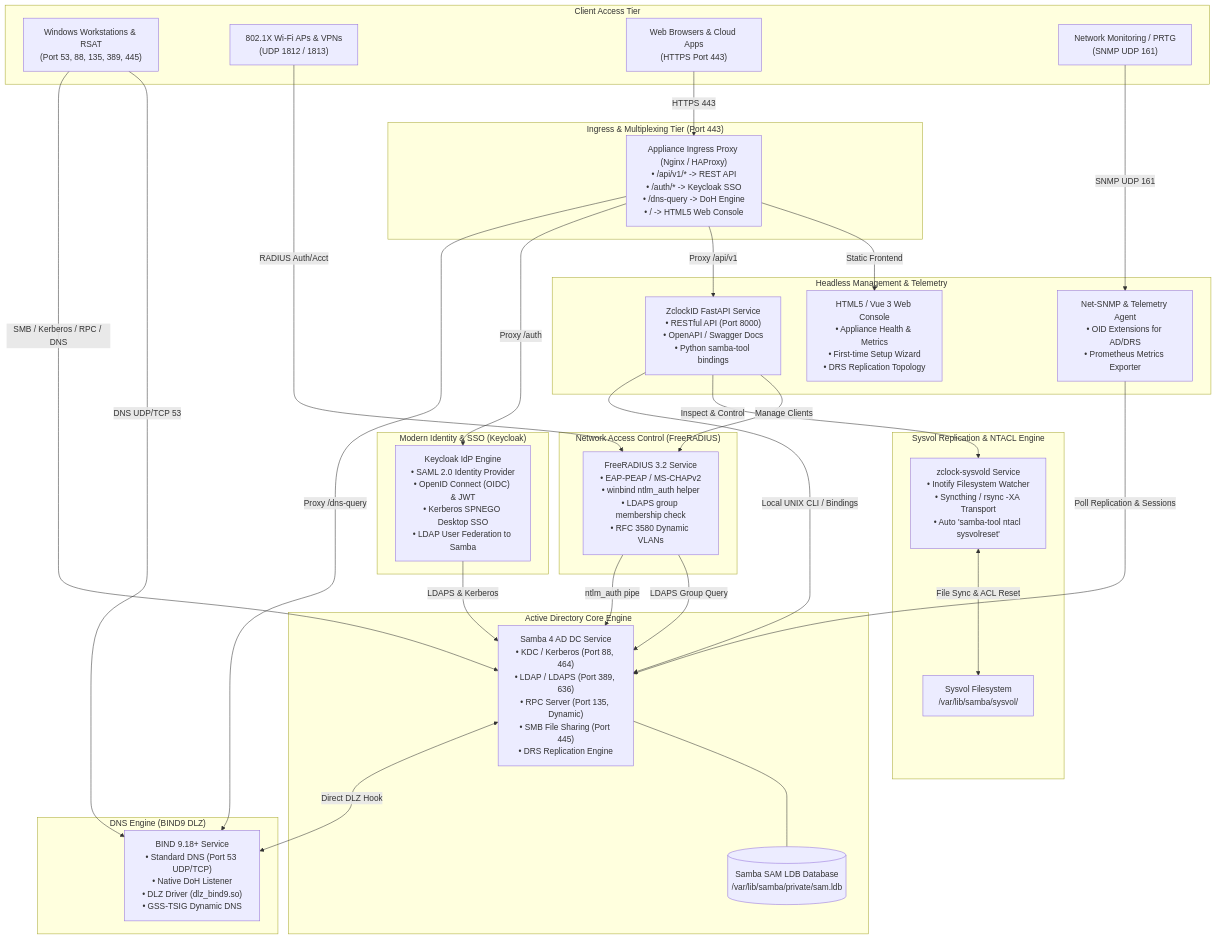
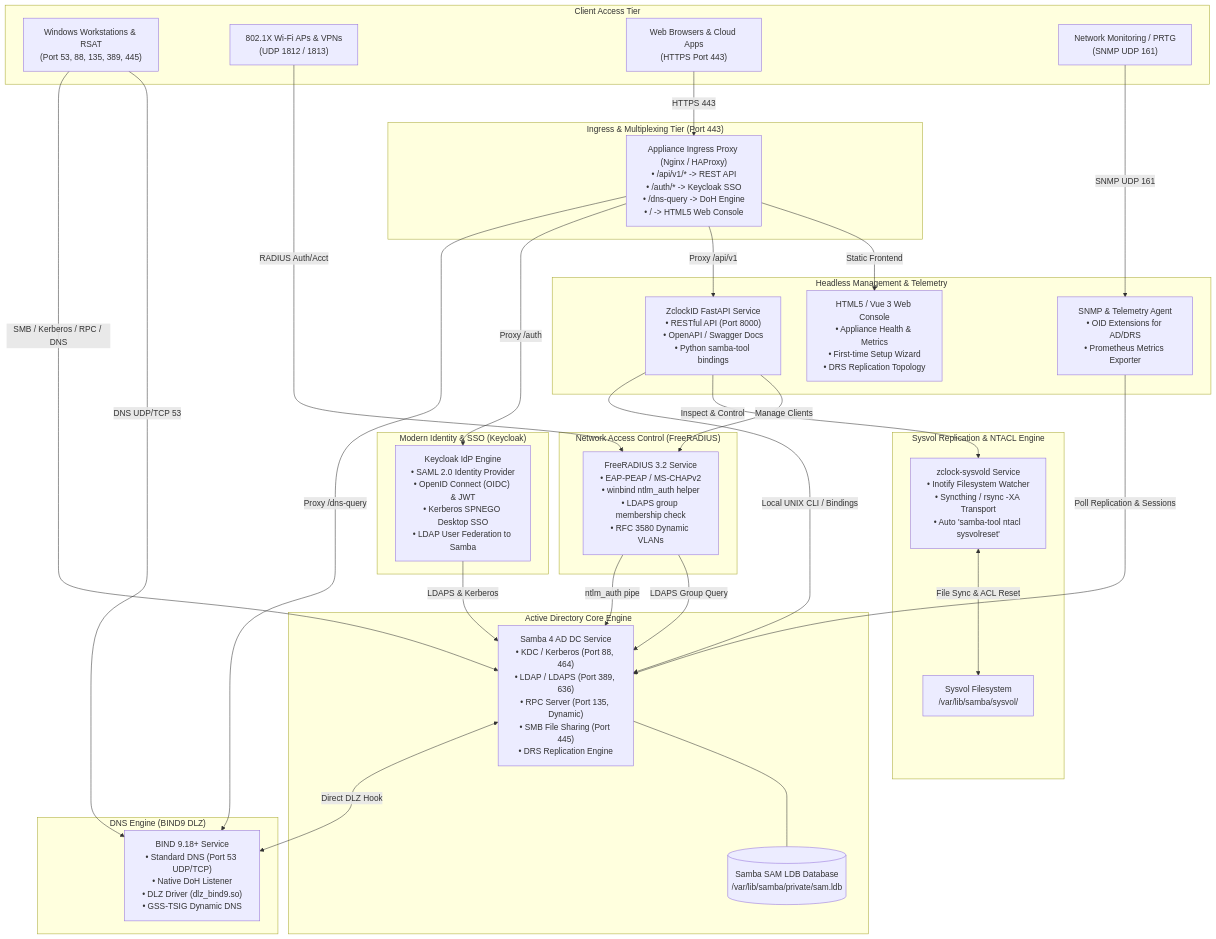
The first of 4 diagrams in docs/ARCHITECTURE.md (atanumaj/zclockid), drawn with Mermaid before and after one commit. The commit also changed other lines of this file and 12 other files, not shown here.

Commit message:
refactor: update Keycloak guide label, rename Net-SNMP to SNMP, and simplify Sysvol Replication title

````diff
--- a/docs/ARCHITECTURE.md
+++ b/docs/ARCHITECTURE.md
@@ -7,66 +7,66 @@
 ```mermaid
 flowchart TD
     subgraph Client_Access["Client Access Tier"]
         WinClient["Windows Workstations & RSAT\n(Port 53, 88, 135, 389, 445)"]
         WiFiClient["802.1X Wi-Fi APs & VPNs\n(UDP 1812 / 1813)"]
         WebClient["Web Browsers & Cloud Apps\n(HTTPS Port 443)"]
         NMSClient["Network Monitoring / PRTG\n(SNMP UDP 161)"]
     end
 
     subgraph Ingress_Layer["Ingress & Multiplexing Tier (Port 443)"]
         Proxy["Appliance Ingress Proxy (Nginx / HAProxy)\n• /api/v1/* -> REST API\n• /auth/* -> Keycloak SSO\n• /dns-query -> DoH Engine\n• / -> HTML5 Web Console"]
     end
 
     subgraph Core_Directory["Active Directory Core Engine"]
         SambaDC["Samba 4 AD DC Service\n• KDC / Kerberos (Port 88, 464)\n• LDAP / LDAPS (Port 389, 636)\n• RPC Server (Port 135, Dynamic)\n• SMB File Sharing (Port 445)\n• DRS Replication Engine"]
         SamLDB[("Samba SAM LDB Database\n/var/lib/samba/private/sam.ldb")]
     end
 
     subgraph DNS_Subsystem["DNS Engine (BIND9 DLZ)"]
         BIND9["BIND 9.18+ Service\n• Standard DNS (Port 53 UDP/TCP)\n• Native DoH Listener\n• DLZ Driver (dlz_bind9.so)\n• GSS-TSIG Dynamic DNS"]
     end
 
     subgraph Network_Access["Network Access Control (FreeRADIUS)"]
         FR3["FreeRADIUS 3.2 Service\n• EAP-PEAP / MS-CHAPv2\n• winbind ntlm_auth helper\n• LDAPS group membership check\n• RFC 3580 Dynamic VLANs"]
     end
 
     subgraph Sysvol_Engine["Sysvol Replication & NTACL Engine"]
         SysvolFS["Sysvol Filesystem\n/var/lib/samba/sysvol/"]
         SysvolDaemon["zclock-sysvold Service\n• Inotify Filesystem Watcher\n• Syncthing / rsync -XA Transport\n• Auto 'samba-tool ntacl sysvolreset'"]
     end
 
     subgraph Identity_SSO["Modern Identity & SSO (Keycloak)"]
         KC["Keycloak IdP Engine\n• SAML 2.0 Identity Provider\n• OpenID Connect (OIDC) & JWT\n• Kerberos SPNEGO Desktop SSO\n• LDAP User Federation to Samba"]
     end
 
     subgraph Management_API["Headless Management & Telemetry"]
         API["ZclockID FastAPI Service\n• RESTful API (Port 8000)\n• OpenAPI / Swagger Docs\n• Python samba-tool bindings"]
         GUI["HTML5 / Vue 3 Web Console\n• Appliance Health & Metrics\n• First-time Setup Wizard\n• DRS Replication Topology"]
-        SNMP["Net-SNMP & Telemetry Agent\n• OID Extensions for AD/DRS\n• Prometheus Metrics Exporter"]
+        SNMP["SNMP & Telemetry Agent\n• OID Extensions for AD/DRS\n• Prometheus Metrics Exporter"]
     end
 
     %% Client Connections
     WinClient -->|SMB / Kerberos / RPC / DNS| SambaDC
     WinClient -->|DNS UDP/TCP 53| BIND9
     WiFiClient -->|RADIUS Auth/Acct| FR3
     WebClient -->|HTTPS 443| Proxy
     NMSClient -->|SNMP UDP 161| SNMP
 
     %% Ingress Proxy Routing
     Proxy -->|Proxy /dns-query| BIND9
     Proxy -->|Proxy /auth| KC
     Proxy -->|Proxy /api/v1| API
     Proxy -->|Static Frontend| GUI
 
     %% Internal Interconnections
     SambaDC <-->|Direct DLZ Hook| BIND9
     SambaDC --- SamLDB
     FR3 -->|ntlm_auth pipe| SambaDC
     FR3 -->|LDAPS Group Query| SambaDC
     KC -->|LDAPS & Kerberos| SambaDC
     SysvolDaemon <-->|File Sync & ACL Reset| SysvolFS
     API -->|Local UNIX CLI / Bindings| SambaDC
     API -->|Inspect & Control| SysvolDaemon
     API -->|Manage Clients| FR3
     SNMP -->|Poll Replication & Sessions| SambaDC
 ```
````
